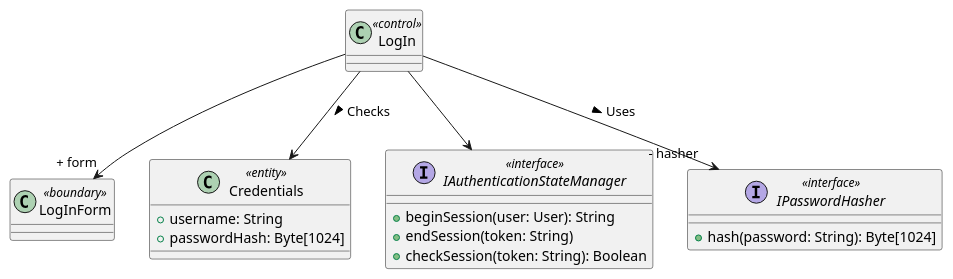
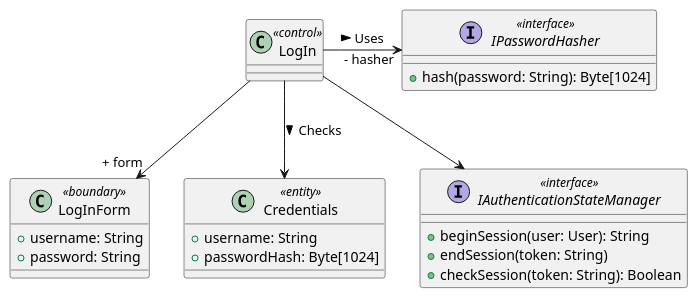
Before and after one commit to bmb0136/COMP-3700-Project: the second of 2 diagrams in Use Cases/LogIn.iuml, drawn with PlantUML. The commit also changed 1 other file, not shown here.

Commit message:
update log in + add User class

```diff
--- a/Use Cases/LogIn.iuml
+++ b/Use Cases/LogIn.iuml
@@ -28,20 +28,23 @@
 @startuml Log In Object Model
 class LogIn <<control>> {}
-class LogInForm <<boundary>> {}
+class LogInForm <<boundary>> {
+  + username: String
+  + password: String
+}
 class Credentials <<entity>> {
   + username: String
   + passwordHash: Byte[1024]
 }
 interface IAuthenticationStateManager <<interface>> {
   + beginSession(user: User): String
   + endSession(token: String)
   + checkSession(token: String): Boolean
 }
 interface IPasswordHasher <<interface>> {
   + hash(password: String): Byte[1024]
 }
 LogIn --> "+ form" LogInForm
 LogIn --> Credentials : Checks >
-LogIn --> "- hasher" IPasswordHasher : Uses >
+LogIn -> "- hasher" IPasswordHasher : Uses >
 LogIn --> IAuthenticationStateManager
 @enduml
```
